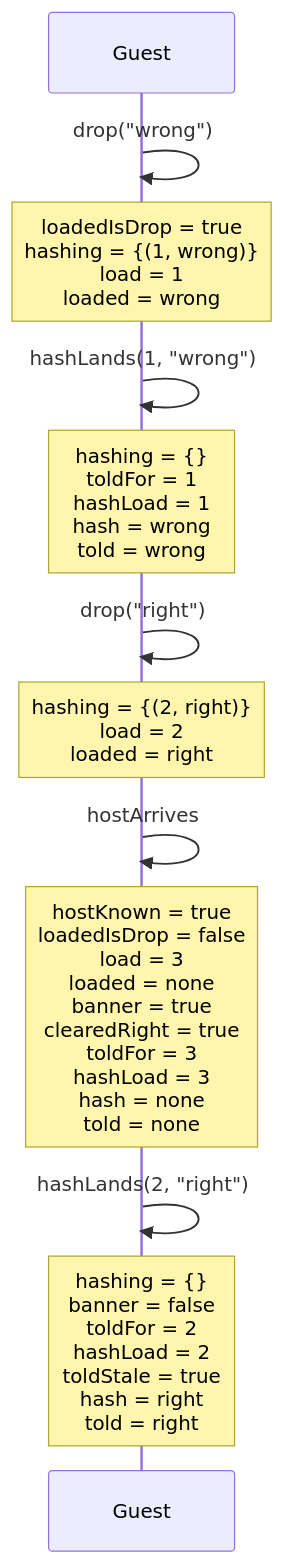
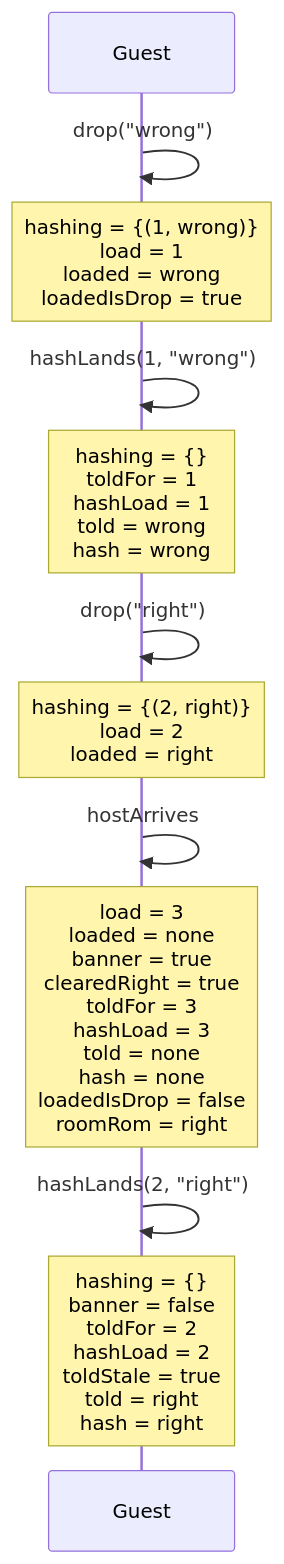
Diagram 18 of 25 in docs/spec-traces.md (kwilson21/kaillera-next), drawn with Mermaid before and after one commit. The commit also changed other lines of this file and 21 other files, not shown here.

````diff
--- a/docs/spec-traces.md
+++ b/docs/spec-traces.md
@@ -528,14 +528,14 @@
 ```mermaid
 sequenceDiagram
   participant Guest
   Guest->>Guest: drop("wrong")
-  Note over Guest: loadedIsDrop = true<br/>hashing = {(1, wrong)}<br/>load = 1<br/>loaded = wrong
+  Note over Guest: hashing = {(1, wrong)}<br/>load = 1<br/>loaded = wrong<br/>loadedIsDrop = true
   Guest->>Guest: hashLands(1, "wrong")
-  Note over Guest: hashing = {}<br/>toldFor = 1<br/>hashLoad = 1<br/>hash = wrong<br/>told = wrong
+  Note over Guest: hashing = {}<br/>toldFor = 1<br/>hashLoad = 1<br/>told = wrong<br/>hash = wrong
   Guest->>Guest: drop("right")
   Note over Guest: hashing = {(2, right)}<br/>load = 2<br/>loaded = right
   Guest->>Guest: hostArrives
-  Note over Guest: hostKnown = true<br/>loadedIsDrop = false<br/>load = 3<br/>loaded = none<br/>banner = true<br/>clearedRight = true<br/>toldFor = 3<br/>hashLoad = 3<br/>hash = none<br/>told = none
+  Note over Guest: load = 3<br/>loaded = none<br/>banner = true<br/>clearedRight = true<br/>toldFor = 3<br/>hashLoad = 3<br/>told = none<br/>hash = none<br/>loadedIsDrop = false<br/>roomRom = right
   Guest->>Guest: hashLands(2, "right")
-  Note over Guest: hashing = {}<br/>banner = false<br/>toldFor = 2<br/>hashLoad = 2<br/>toldStale = true<br/>hash = right<br/>told = right
+  Note over Guest: hashing = {}<br/>banner = false<br/>toldFor = 2<br/>hashLoad = 2<br/>toldStale = true<br/>told = right<br/>hash = right
 ```
````
